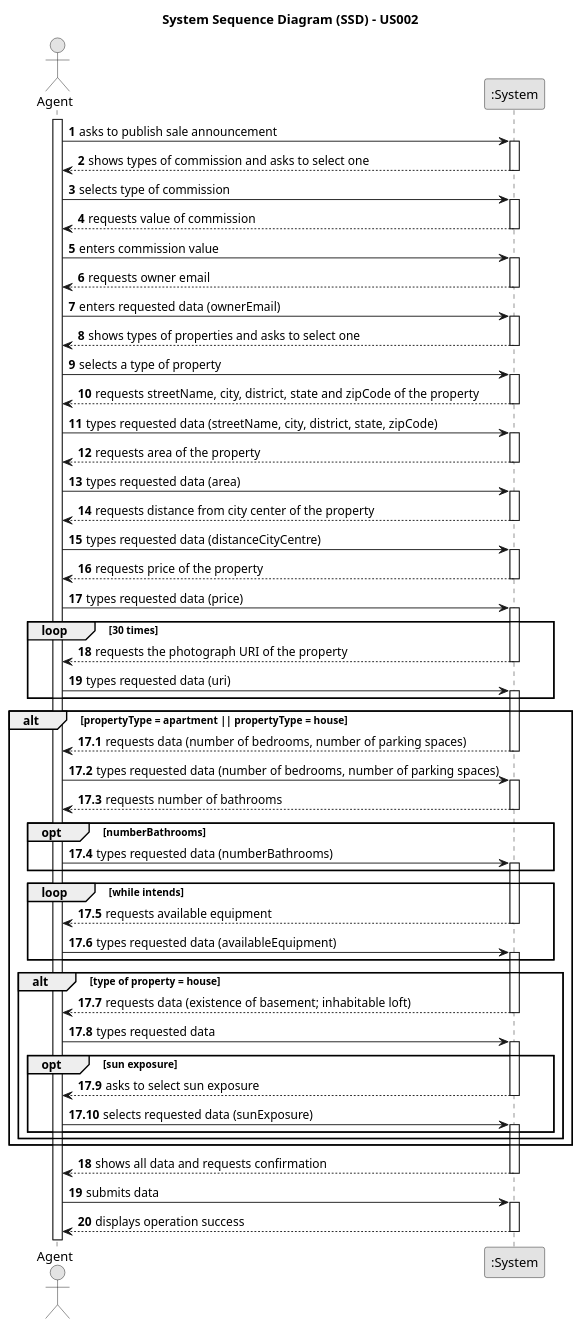
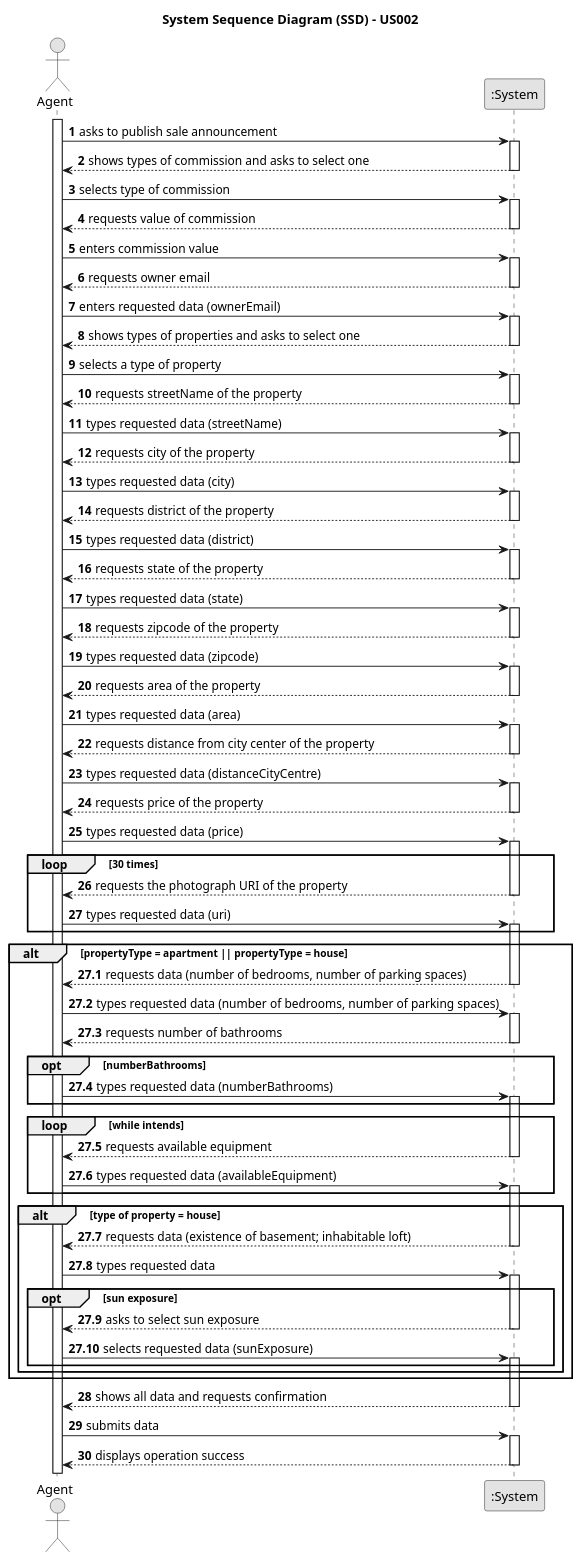
Before and after one commit to rita-barbosa/LAPR2-2223: the diagram in docs/sprintD/us002/01.requirements-engineering/puml/us002-system-sequence-diagram.puml, drawn with PlantUML. The commit also changed 1 other file, not shown here.

Commit message:
Update sequence diagram  [US002 - Refinement][Design]

```diff
--- a/docs/sprintD/us002/01.requirements-engineering/puml/us002-system-sequence-diagram.puml
+++ b/docs/sprintD/us002/01.requirements-engineering/puml/us002-system-sequence-diagram.puml
@@ -1,127 +1,152 @@
 @startuml
 skinparam monochrome true
 skinparam packageStyle rectangle
 skinparam shadowing false
 
 title System Sequence Diagram (SSD) - US002
 
 autonumber
 
 actor "Agent" as Employee
 participant ":System" as System
 
 activate Employee
 
     Employee -> System : asks to publish sale announcement
     activate System
 
       System --> Employee : shows types of commission and asks to select one
     deactivate System
 
     Employee -> System : selects type of commission
     activate System
 
     System --> Employee : requests value of commission
     deactivate System
 
     Employee -> System : enters commission value
     activate System
 
     System --> Employee : requests owner email
     deactivate System
 
     Employee -> System : enters requested data (ownerEmail)
     activate System
 
     System --> Employee : shows types of properties and asks to select one
     deactivate System
 
     Employee -> System : selects a type of property
     activate System
-
-    System --> Employee : requests streetName, city, district, state and zipCode of the property
+' zipCode of the property'
+    System --> Employee : requests streetName of the property
     deactivate System
 
-    Employee -> System : types requested data (streetName, city, district, state, zipCode)
+    Employee -> System : types requested data (streetName)
     activate System
+
+    System --> Employee : requests city of the property
+    deactivate System
+
+    Employee -> System : types requested data (city)
+    activate System
+
+    System --> Employee : requests district of the property
+    deactivate System
+
+    Employee -> System : types requested data (district)
+    activate System
+
+    System --> Employee : requests state of the property
+    deactivate System
+
+    Employee -> System : types requested data (state)
+    activate System
+
+    System --> Employee : requests zipcode of the property
+    deactivate System
+
+    Employee -> System : types requested data (zipcode)
+    activate System
+
 
     System --> Employee : requests area of the property
     deactivate System
 
     Employee -> System : types requested data (area)
     activate System
 
     System --> Employee : requests distance from city center of the property
     deactivate System
 
     Employee -> System : types requested data (distanceCityCentre)
     activate System
 
     System --> Employee : requests price of the property
     deactivate System
 
     Employee -> System : types requested data (price)
     activate System
 
         loop 30 times
         System --> Employee : requests the photograph URI of the property
         deactivate System
         Employee -> System : types requested data (uri)
         activate System
         end loop
 
 
     alt propertyType = apartment || propertyType = house
 
-     autonumber 17.1
+     autonumber 27.1
         System --> Employee : requests data (number of bedrooms, number of parking spaces)
         deactivate System
 
         Employee -> System : types requested data (number of bedrooms, number of parking spaces)
         activate System
 
 
         System --> Employee : requests number of bathrooms
         deactivate System
 
             opt numberBathrooms
             Employee -> System : types requested data (numberBathrooms)
             activate System
             end opt
 
         loop while intends
         System --> Employee : requests available equipment
         deactivate System
 
         Employee -> System : types requested data (availableEquipment)
         activate System
         end loop
 
         alt type of property = house
 
         System --> Employee : requests data (existence of basement; inhabitable loft)
         deactivate System
 
         Employee -> System : types requested data
         activate System
 
             opt sun exposure
             System --> Employee : asks to select sun exposure
             deactivate System
             Employee -> System : selects requested data (sunExposure)
             activate System
             end opt
 
         end
     end
-    autonumber 18
+    autonumber 28
         System --> Employee : shows all data and requests confirmation
     deactivate System
 
     Employee -> System : submits data
     activate System
 
         System --> Employee : displays operation success
     deactivate System
 
 @enduml
```
